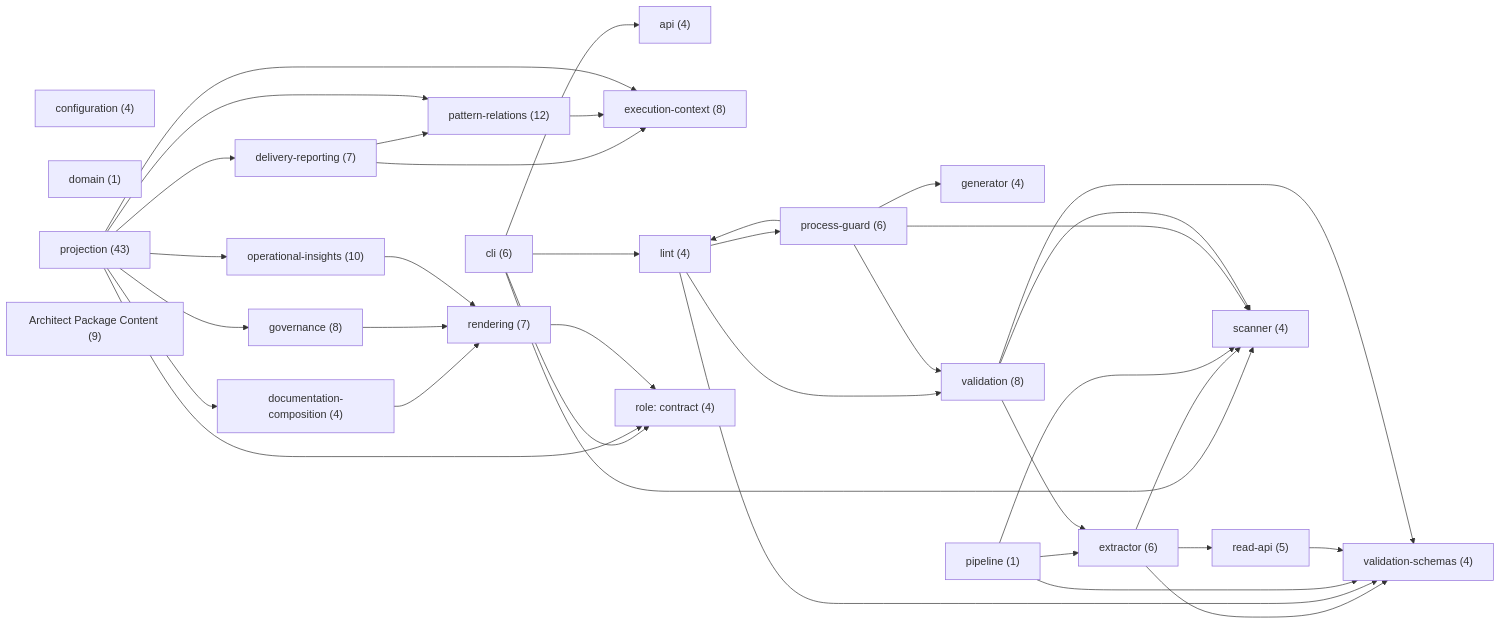
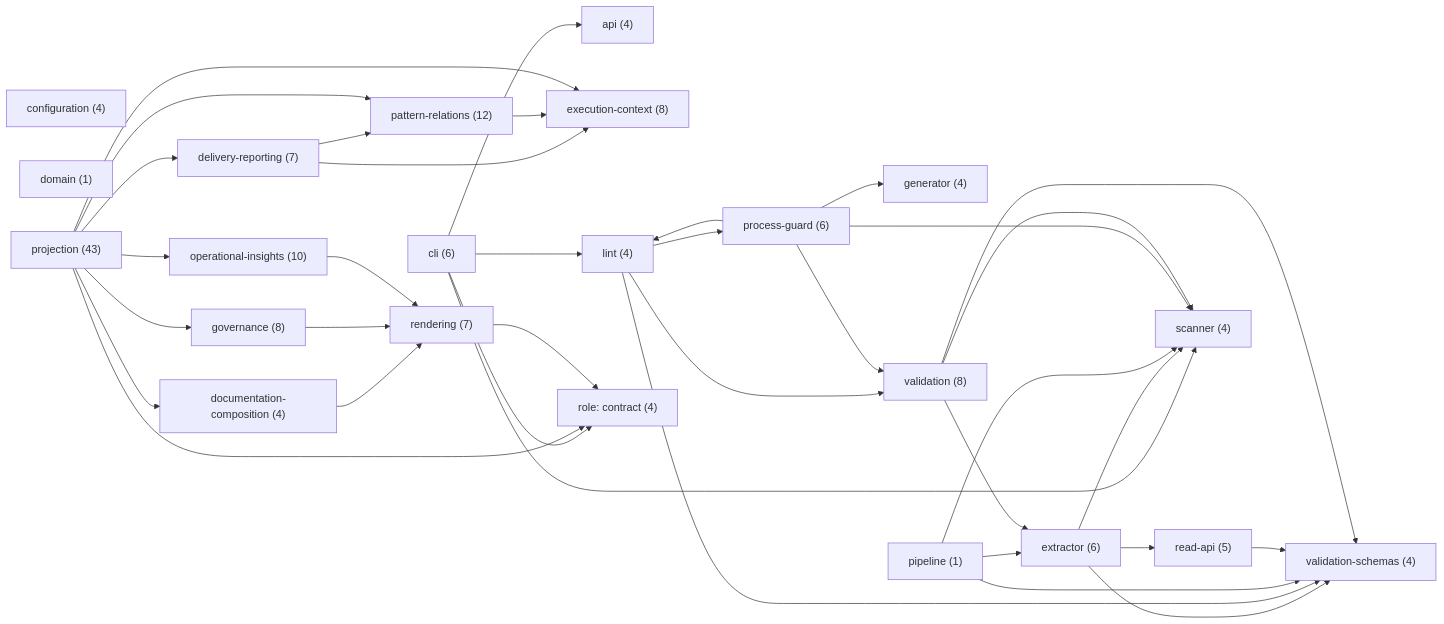
The first of 23 diagrams in docs-live/ARCHITECTURE.md (libar-dev/architect), drawn with Mermaid before and after one commit. The commit also changed other lines of this file and 4 other files, not shown here.

First line of the commit message:
WS-3 Session 14 (Part A): exclude decision records from the component architecture view (D-16)

````diff
--- a/docs-live/ARCHITECTURE.md
+++ b/docs-live/ARCHITECTURE.md
@@ -18,61 +18,60 @@
 ```mermaid
 graph LR
   api["api (4)"]
   cli["cli (6)"]
   configuration["configuration (4)"]
   delivery_reporting["delivery-reporting (7)"]
   documentation_composition["documentation-composition (4)"]
   domain["domain (1)"]
   execution_context["execution-context (8)"]
   extractor["extractor (6)"]
   generator["generator (4)"]
   governance["governance (8)"]
   lint["lint (4)"]
   operational_insights["operational-insights (10)"]
   pattern_relations["pattern-relations (12)"]
   pipeline["pipeline (1)"]
   process_guard["process-guard (6)"]
   projection["projection (43)"]
   read_api["read-api (5)"]
   rendering["rendering (7)"]
   scanner["scanner (4)"]
   validation["validation (8)"]
   validation_schemas["validation-schemas (4)"]
   role_contract["role: contract (4)"]
-  pkg_architect_package_content["Architect Package Content (9)"]
   cli --> api
   cli --> lint
   cli --> role_contract
   cli --> scanner
   delivery_reporting --> execution_context
   delivery_reporting --> pattern_relations
   documentation_composition --> rendering
   extractor --> read_api
   extractor --> scanner
   extractor --> validation_schemas
   governance --> rendering
   lint --> process_guard
   lint --> validation
   lint --> validation_schemas
   operational_insights --> rendering
   pattern_relations --> execution_context
   pipeline --> extractor
   pipeline --> scanner
   pipeline --> validation_schemas
   process_guard --> generator
   process_guard --> lint
   process_guard --> scanner
   process_guard --> validation
   projection --> delivery_reporting
   projection --> documentation_composition
   projection --> execution_context
   projection --> governance
   projection --> operational_insights
   projection --> pattern_relations
   projection --> role_contract
   read_api --> validation_schemas
   rendering --> role_contract
   validation --> extractor
   validation --> scanner
   validation --> validation_schemas
 ```
````
